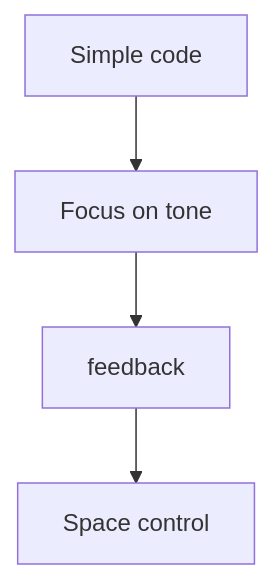
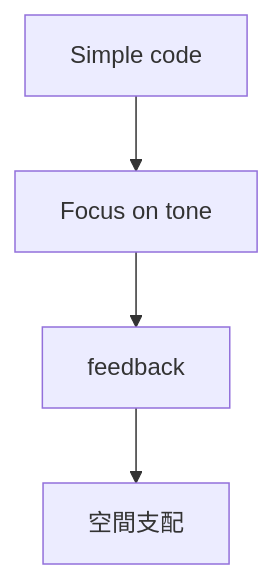
One commit to monumental-movement/monumental-movement.github.io changed the fourth of 8 diagrams in en/_posts/2026-05-09-column-spacemen-3.md. Above: the diagram before and after it, drawn with Mermaid. The commit also changed other lines of this file and 445 other files, not shown here.

```diff
--- a/en/_posts/2026-05-09-column-spacemen-3.md
+++ b/en/_posts/2026-05-09-column-spacemen-3.md
@@ -356,6 +356,6 @@
 <div class="mermaid">
 graph TD
 A["Simple code"] --> B["Focus on tone"]
 B --> C["feedback"]
-C --> D["Space control"]
+C --> D["空間支配"]
 </div>
```
